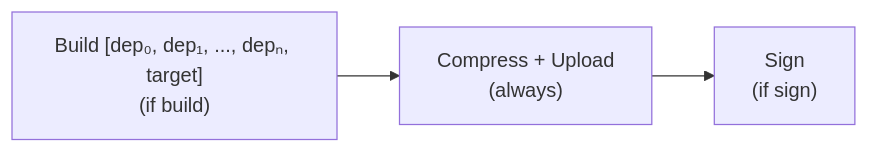
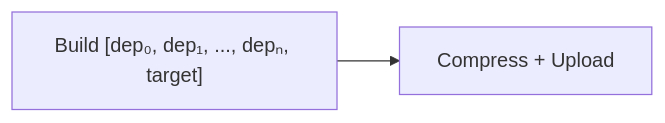
Diagram 15 of 25 in docs/src/development/proto.md (wavelens/gradient), drawn with Mermaid before and after one commit. The commit also changed other lines of this file and 36 other files, not shown here.

````diff
--- a/docs/src/development/proto.md
+++ b/docs/src/development/proto.md
@@ -707,5 +690,4 @@
 ```mermaid
 graph LR
-    A["Build [dep₀, dep₁, ..., depₙ, target]<br/>(if build)"] --> B["Compress + Upload<br/>(always)"]
-    B --> C["Sign<br/>(if sign)"]
+    A["Build [dep₀, dep₁, ..., depₙ, target]"] --> B["Compress + Upload"]
 ```
````
